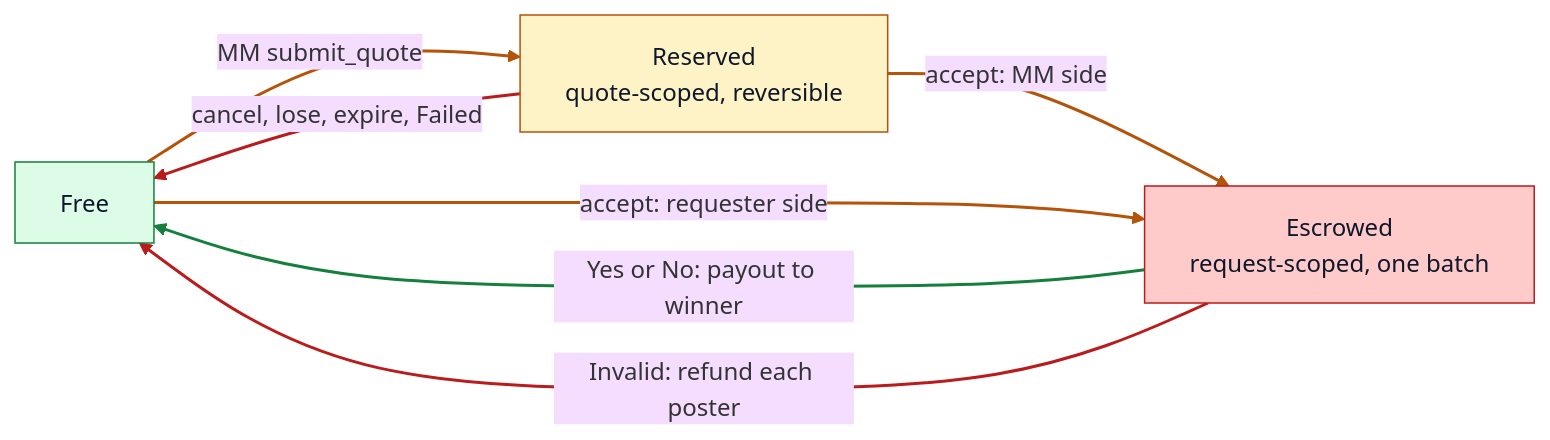
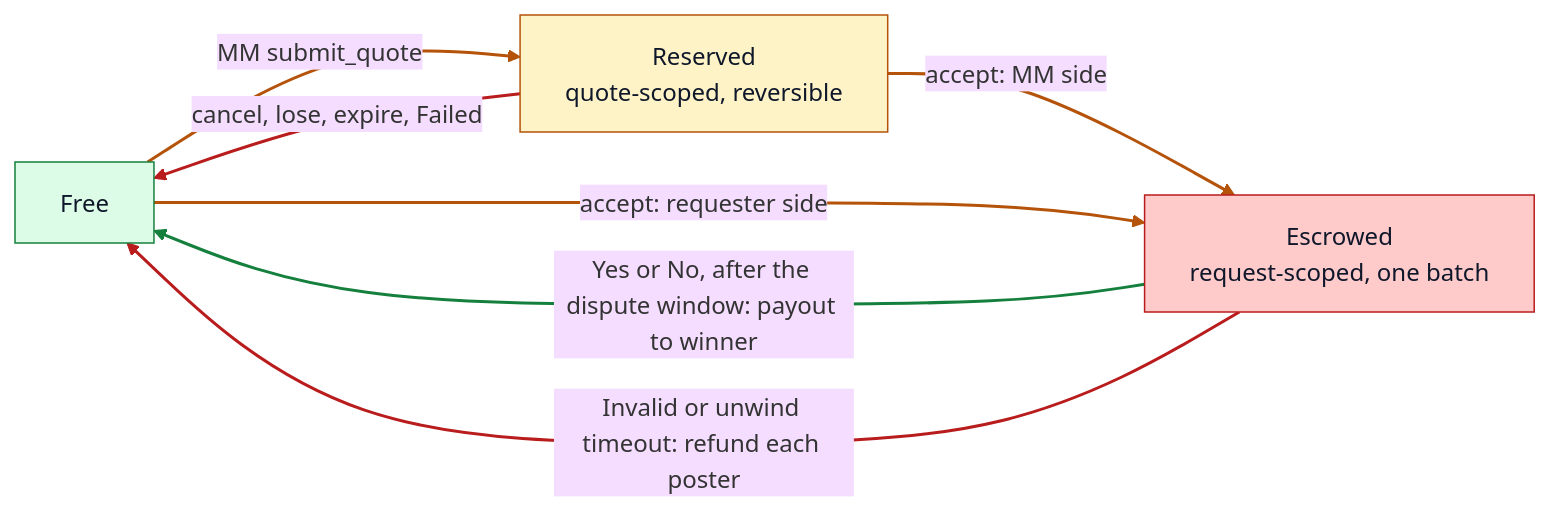
The fourth of 5 diagrams in docs/ARCHITECTURE.md (SwineCoder101/rfq-matching-settlement-engine), drawn with Mermaid (base theme) before and after one commit. The commit also changed other lines of this file and 4 other files, not shown here.

````diff
--- a/docs/ARCHITECTURE.md
+++ b/docs/ARCHITECTURE.md
@@ -120,23 +134,23 @@
 ```mermaid
 flowchart LR
     Free["Free"]
     Reserved["Reserved<br/>quote-scoped, reversible"]
     Escrowed["Escrowed<br/>request-scoped, one batch"]
 
     Free -->|"MM submit_quote"| Reserved
     Reserved -->|"cancel, lose, expire, Failed"| Free
     Reserved -->|"accept: MM side"| Escrowed
     Free -->|"accept: requester side"| Escrowed
-    Escrowed -->|"Yes or No: payout to winner"| Free
-    Escrowed -->|"Invalid: refund each poster"| Free
+    Escrowed -->|"Yes or No, after the dispute window: payout to winner"| Free
+    Escrowed -->|"Invalid or unwind timeout: refund each poster"| Free
 
     classDef free fill:#dcfce7,stroke:#15803d,color:#0f172a;
     classDef held fill:#fef3c7,stroke:#b45309,color:#0f172a;
     classDef locked fill:#fecaca,stroke:#b91c1c,color:#0f172a;
     class Free free;
     class Reserved held;
     class Escrowed locked;
     linkStyle 0,2,3 stroke:#b45309,stroke-width:2px;
     linkStyle 1,5 stroke:#b91c1c,stroke-width:2px;
     linkStyle 4 stroke:#15803d,stroke-width:2px;
 ```
````
